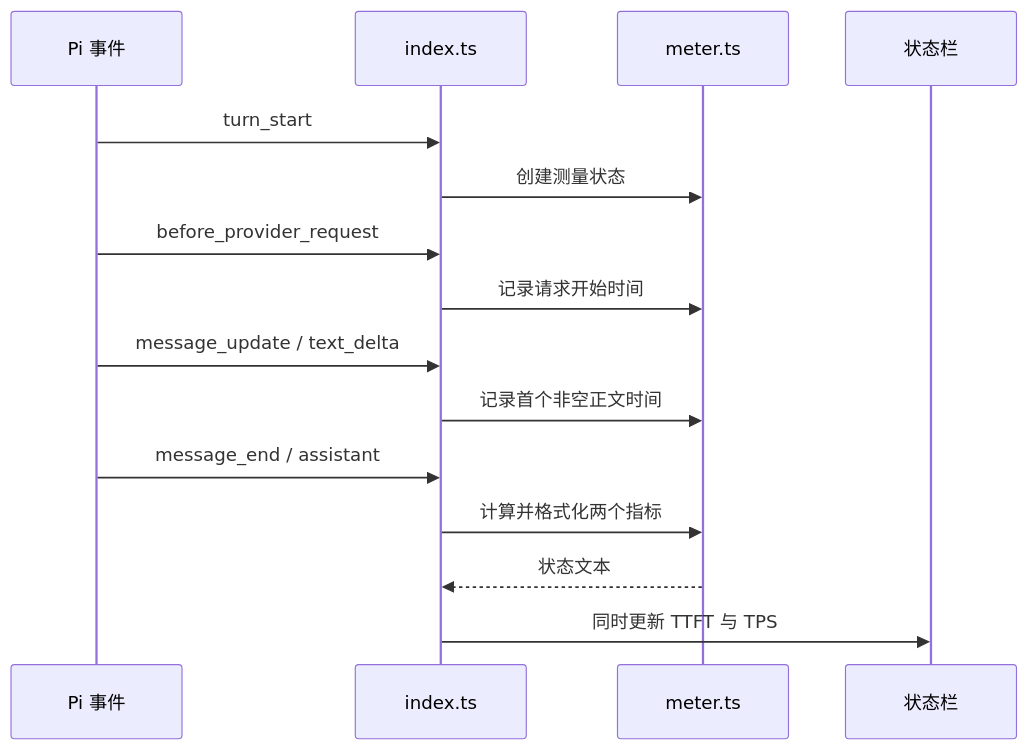
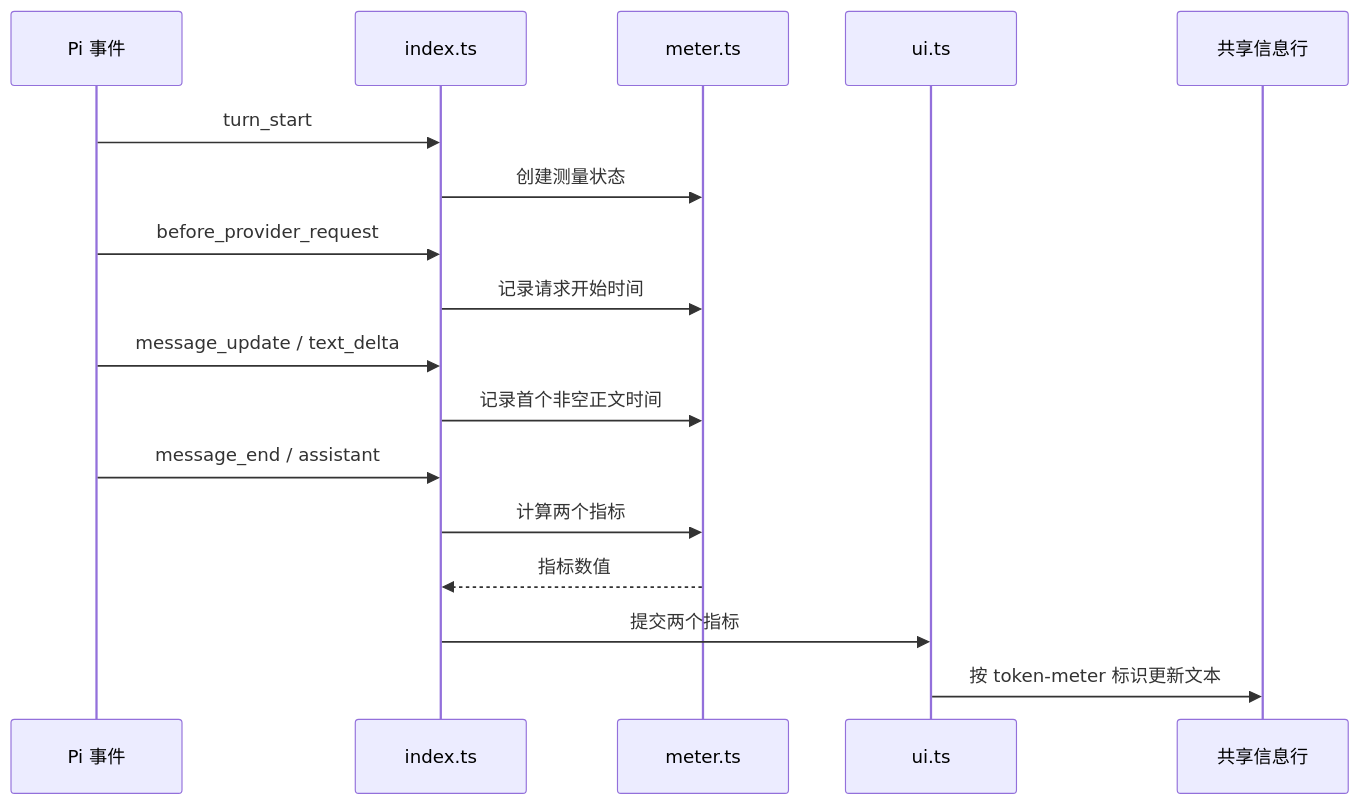
Before and after one commit to aqua2k1/pi-kits: the second of 2 diagrams in extensions/token-meter/docs/architecture.md, drawn with Mermaid. The commit also changed other lines of this file and 21 other files, not shown here.

Commit message:
refactor(ui): share usage and token metrics widget layout

````diff
--- a/extensions/token-meter/docs/architecture.md
+++ b/extensions/token-meter/docs/architecture.md
@@ -14,17 +24,19 @@
 ```mermaid
 sequenceDiagram
   participant Pi as Pi 事件
   participant Entry as index.ts
   participant Meter as meter.ts
-  participant Status as 状态栏
+  participant Ui as ui.ts
+  participant Widget as 共享信息行
   Pi->>Entry: turn_start
   Entry->>Meter: 创建测量状态
   Pi->>Entry: before_provider_request
   Entry->>Meter: 记录请求开始时间
   Pi->>Entry: message_update / text_delta
   Entry->>Meter: 记录首个非空正文时间
   Pi->>Entry: message_end / assistant
-  Entry->>Meter: 计算并格式化两个指标
-  Meter-->>Entry: 状态文本
-  Entry->>Status: 同时更新 TTFT 与 TPS
+  Entry->>Meter: 计算两个指标
+  Meter-->>Entry: 指标数值
+  Entry->>Ui: 提交两个指标
+  Ui->>Widget: 按 token-meter 标识更新文本
 ```
````
